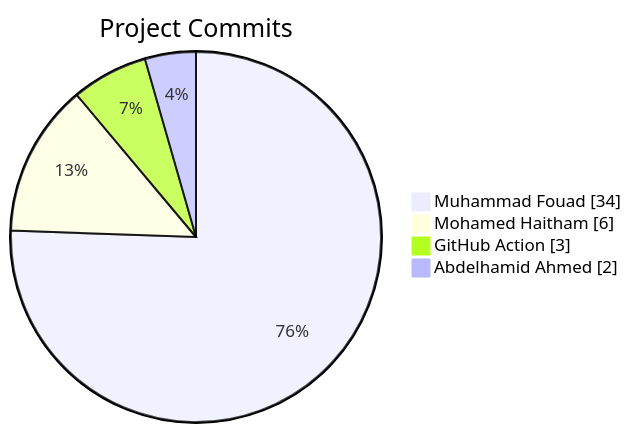
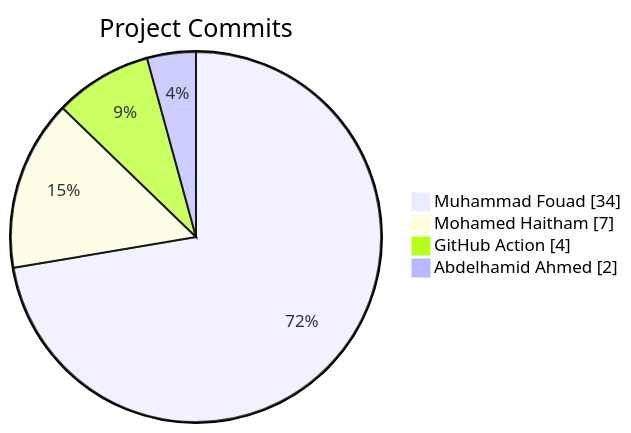
One commit to Abdelhamid-El-rashidy/Library_System changed the diagram in README.md. Above: the diagram before and after it, drawn with Mermaid.

Commit message:
docs: update contributor stats [skip ci]

````diff
--- a/README.md
+++ b/README.md
@@ -11,8 +11,8 @@
 ```mermaid
 pie showData
     title Project Commits
     "Muhammad Fouad" : 34
-    "Mohamed Haitham" : 6
-    "GitHub Action" : 3
+    "Mohamed Haitham" : 7
+    "GitHub Action" : 4
     "Abdelhamid Ahmed" : 2
 ```
````
